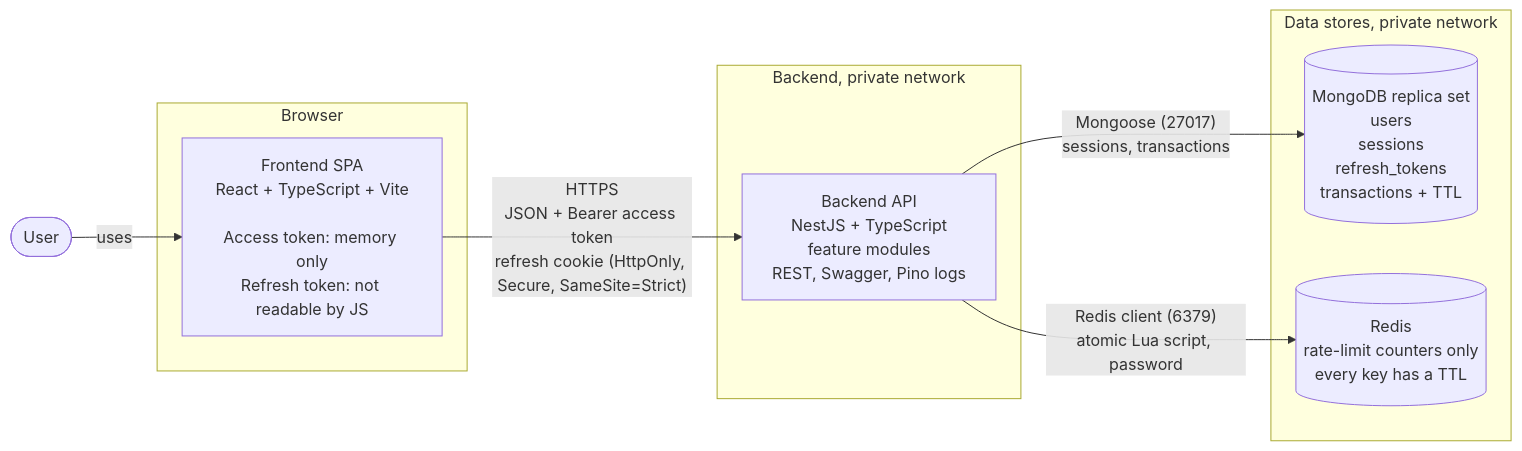
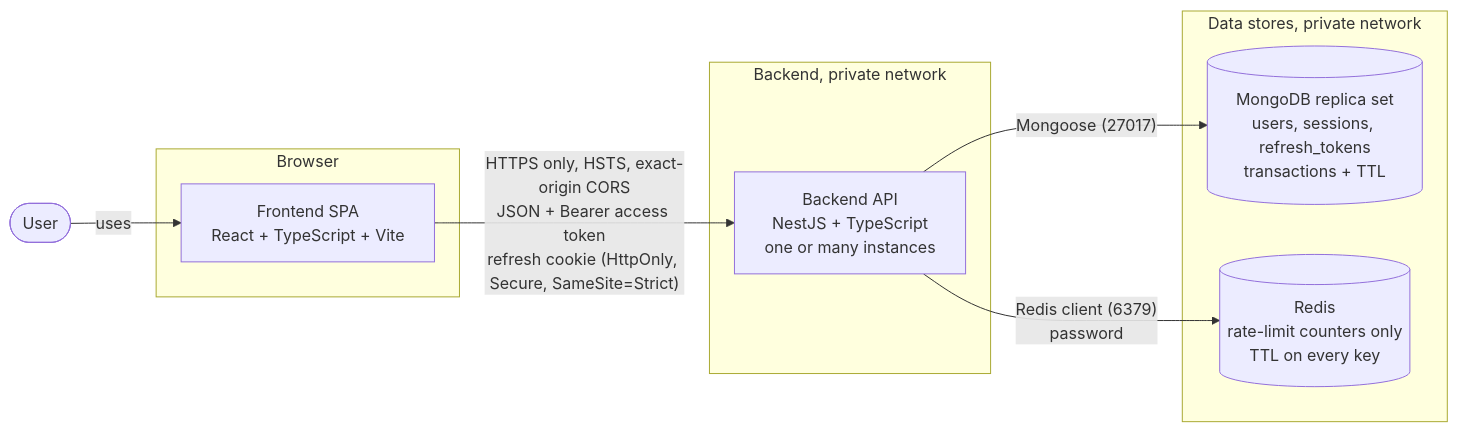
The first of 4 diagrams in docs/architecture/c2-container.md (Rowan-habashy/easyGenerator-auth), drawn with Mermaid before and after one commit. The commit also changed other lines of this file and 4 other files, not shown here.

````diff
--- a/docs/architecture/c2-container.md
+++ b/docs/architecture/c2-container.md
@@ -5,22 +7,22 @@
 ```mermaid
 flowchart LR
     user([User])
 
     subgraph browser[Browser]
-        spa["Frontend SPA<br/>React + TypeScript + Vite<br/><br/>Access token: memory only<br/>Refresh token: not readable by JS"]
+        spa["Frontend SPA<br/>React + TypeScript + Vite"]
     end
 
     subgraph backend[Backend, private network]
-        api["Backend API<br/>NestJS + TypeScript<br/>feature modules<br/>REST, Swagger, Pino logs"]
+        api["Backend API<br/>NestJS + TypeScript<br/>one or many instances"]
     end
 
     subgraph data[Data stores, private network]
-        mongo[("MongoDB replica set<br/>users<br/>sessions<br/>refresh_tokens<br/>transactions + TTL")]
-        redis[("Redis<br/>rate-limit counters only<br/>every key has a TTL")]
+        mongo[("MongoDB replica set<br/>users, sessions, refresh_tokens<br/>transactions + TTL")]
+        redis[("Redis<br/>rate-limit counters only<br/>TTL on every key")]
     end
 
     user -- "uses" --> spa
-    spa -- "HTTPS<br/>JSON + Bearer access token<br/>refresh cookie (HttpOnly, Secure, SameSite=Strict)" --> api
-    api -- "Mongoose (27017)<br/>sessions, transactions" --> mongo
-    api -- "Redis client (6379)<br/>atomic Lua script, password" --> redis
+    spa -- "HTTPS only, HSTS, exact-origin CORS<br/>JSON + Bearer access token<br/>refresh cookie (HttpOnly, Secure, SameSite=Strict)" --> api
+    api -- "Mongoose (27017)" --> mongo
+    api -- "Redis client (6379)<br/>password" --> redis
 ```
````
